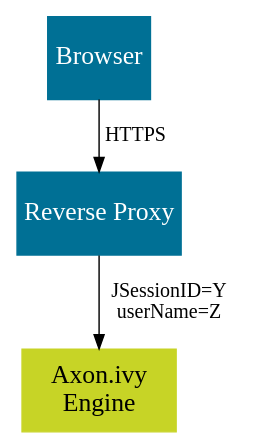
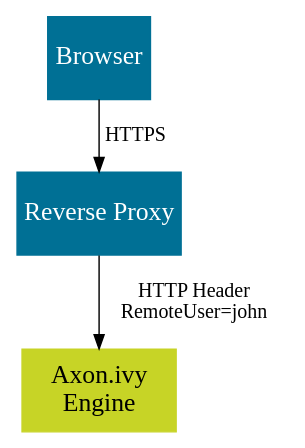
One commit to bernhardAxonIvy/doc changed the diagram in source/engine-guide/integration/single-sign-on/overview.dot. Above: the diagram before and after it, drawn with Graphviz. The commit also changed 5 other files, not shown here.

```diff
--- a/source/engine-guide/integration/single-sign-on/overview.dot
+++ b/source/engine-guide/integration/single-sign-on/overview.dot
@@ -1,19 +1,19 @@
 
 digraph overview {
   node [
     shape=box, 
     style=filled,
     margin=0 width=2 height=0.8
     fontcolor="white",    
     color="#007095",
     fixedsize=true,
     fontsize=18
   ];
 
   browser [ label="Browser", pos = "0,3!", width=1];
   reverseproxy [ label="Reverse Proxy",pos = "3.5,3!" width=1.6]; 
   engine [label="Axon.ivy\nEngine", pos="7,3!", width="1.5", color="#C7D426", fontcolor="black"];
   
   browser -> reverseproxy [ label="HTTPS"];
-  reverseproxy -> engine [ label="JSessionID=Y\nuserName=Z"];
+  reverseproxy -> engine [ label="HTTP Header\nRemoteUser=john"];
 }
```
